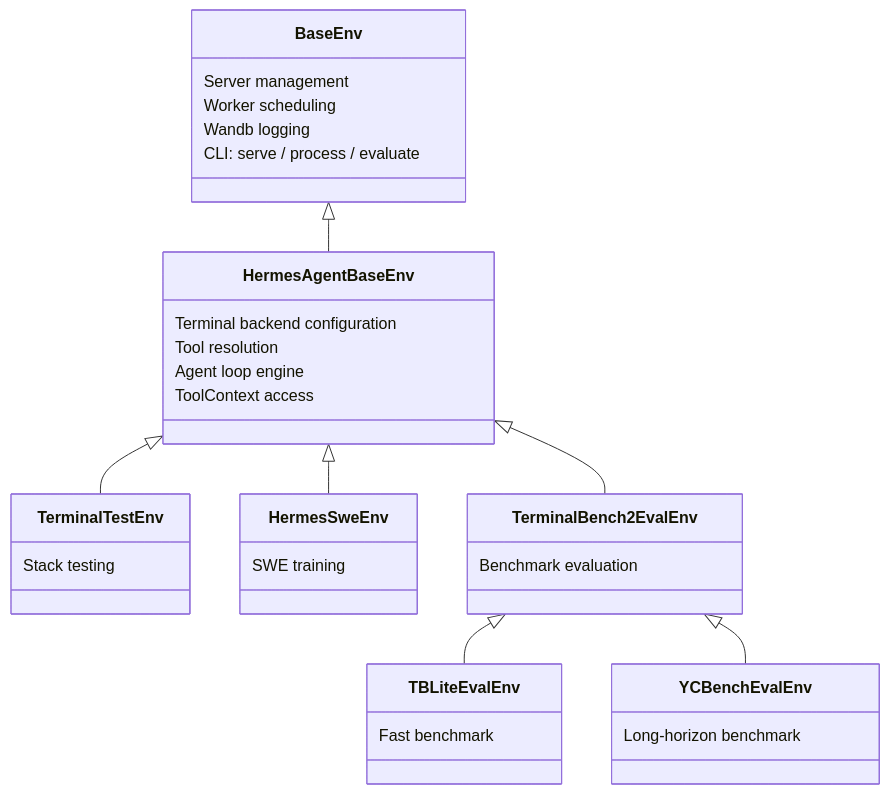
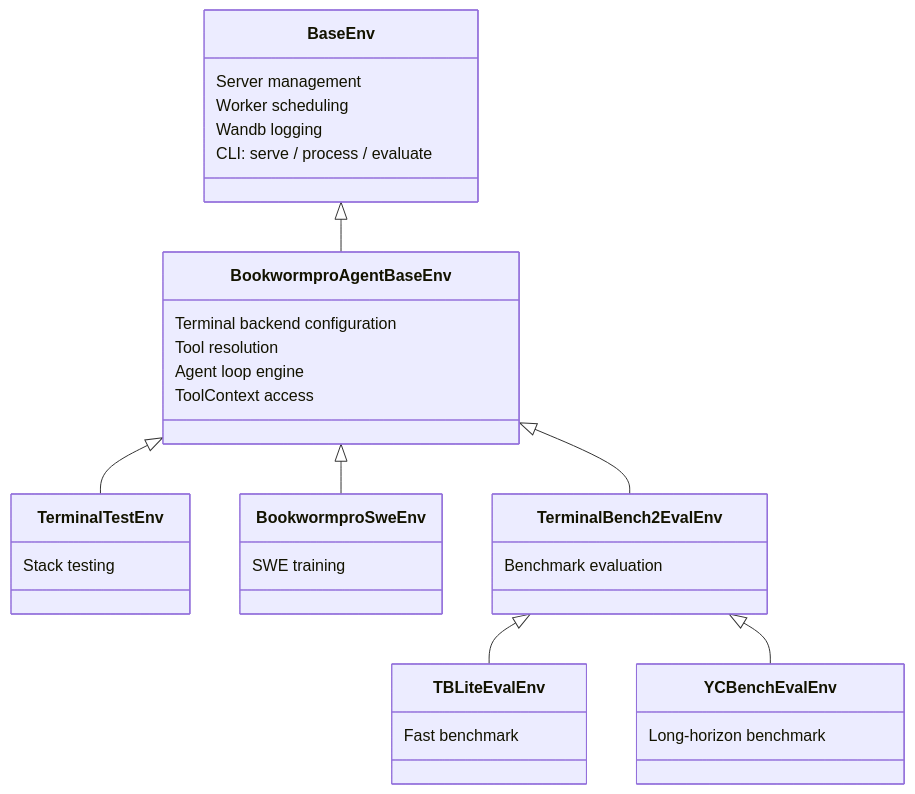
The diagram in website/docs/developer-guide/environments.md (huakoh/bookwormpro-sale), drawn with Mermaid before and after one commit. The commit also changed other lines of this file and 30 other files, not shown here.

````diff
--- a/website/docs/developer-guide/environments.md
+++ b/website/docs/developer-guide/environments.md
@@ -31,43 +31,43 @@
 ```mermaid
 classDiagram
     class BaseEnv {
       Server management
       Worker scheduling
       Wandb logging
       CLI: serve / process / evaluate
     }
 
-    class HermesAgentBaseEnv {
+    class BookwormproAgentBaseEnv {
       Terminal backend configuration
       Tool resolution
       Agent loop engine
       ToolContext access
     }
 
     class TerminalTestEnv {
       Stack testing
     }
 
-    class HermesSweEnv {
+    class BookwormproSweEnv {
       SWE training
     }
 
     class TerminalBench2EvalEnv {
       Benchmark evaluation
     }
 
     class TBLiteEvalEnv {
       Fast benchmark
     }
 
     class YCBenchEvalEnv {
       Long-horizon benchmark
     }
 
-    BaseEnv <|-- HermesAgentBaseEnv
-    HermesAgentBaseEnv <|-- TerminalTestEnv
-    HermesAgentBaseEnv <|-- HermesSweEnv
-    HermesAgentBaseEnv <|-- TerminalBench2EvalEnv
+    BaseEnv <|-- BookwormproAgentBaseEnv
+    BookwormproAgentBaseEnv <|-- TerminalTestEnv
+    BookwormproAgentBaseEnv <|-- BookwormproSweEnv
+    BookwormproAgentBaseEnv <|-- TerminalBench2EvalEnv
     TerminalBench2EvalEnv <|-- TBLiteEvalEnv
     TerminalBench2EvalEnv <|-- YCBenchEvalEnv
 ```
````
